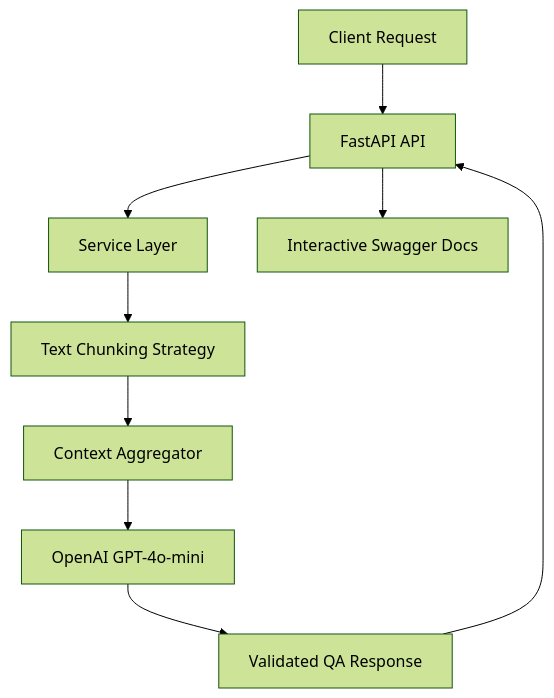
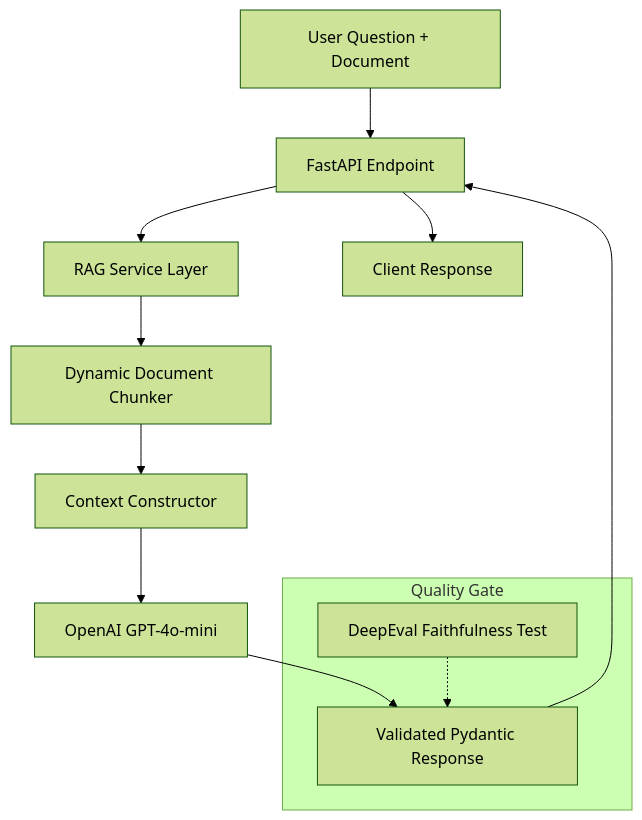
The diagram in README.md (suryaelidanto/rag-document-qa-api), drawn with Mermaid (forest theme) before and after one commit. The commit also changed other lines of this file, not shown here.

````diff
--- a/README.md
+++ b/README.md
@@ -11,11 +13,15 @@
 ```mermaid
 graph TD
-    A[Client Request] --> B[FastAPI API]
-    B --> C[Service Layer]
-    C --> D[Text Chunking Strategy]
-    D --> E[Context Aggregator]
+    A[User Question + Document] --> B[FastAPI Endpoint]
+    B --> C[RAG Service Layer]
+    C --> D[Dynamic Document Chunker]
+    D --> E[Context Constructor]
     E --> F[OpenAI GPT-4o-mini]
-    F --> G[Validated QA Response]
+    F --> G[Validated Pydantic Response]
     G --> B
-    B --> H[Interactive Swagger Docs]
+    B --> H[Client Response]
+    
+    subgraph "Quality Gate"
+        I[DeepEval Faithfulness Test] -.-> G
+    end
 ```
````
